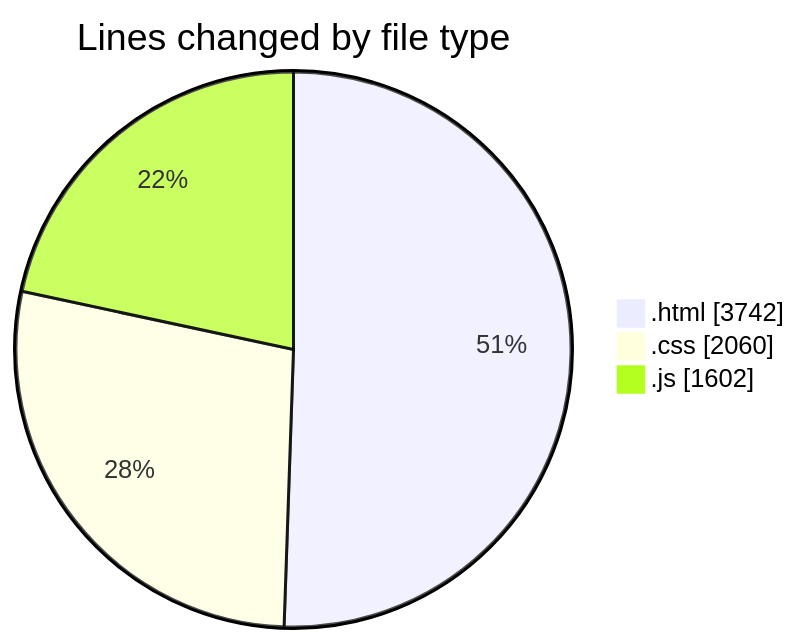
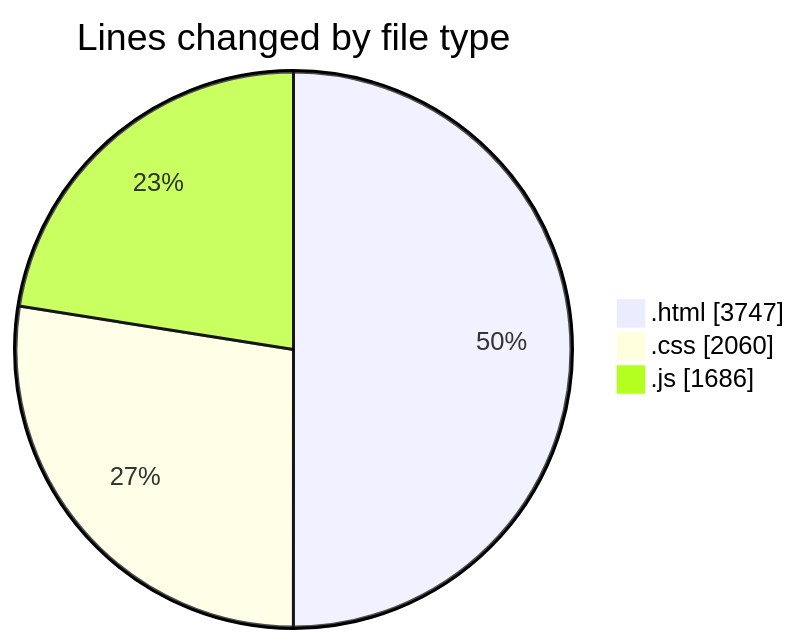
One commit to Ritupan-Deka/code-tracking changed the first of 2 diagrams in 2025-05-24/projects/README.md. Above: the diagram before and after it, drawn with Mermaid. The commit also changed other lines of this file and 1 other file, not shown here.

````diff
--- a/2025-05-24/projects/README.md
+++ b/2025-05-24/projects/README.md
@@ -23,7 +24,7 @@
 ```mermaid
 pie showData
 title Lines changed by file type
-".html" : 3742
+".html" : 3747
 ".css" : 2060
-".js" : 1602
+".js" : 1686
 ```
````
